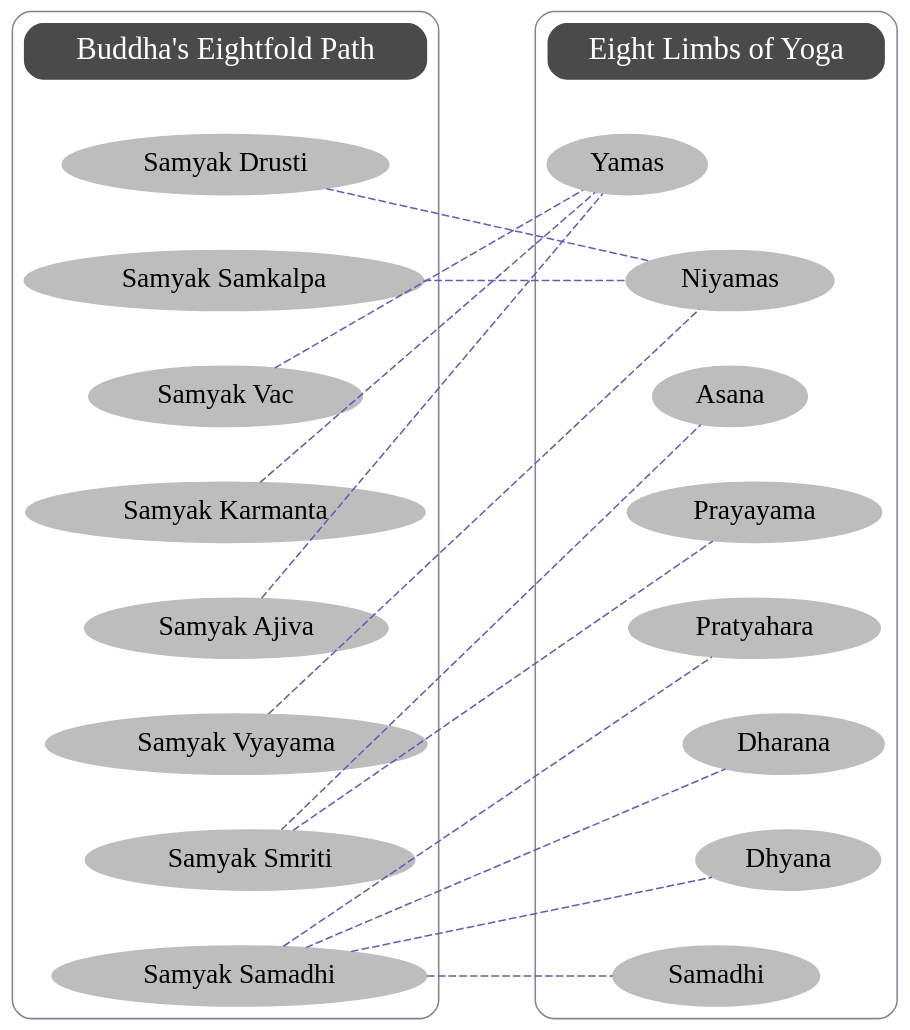
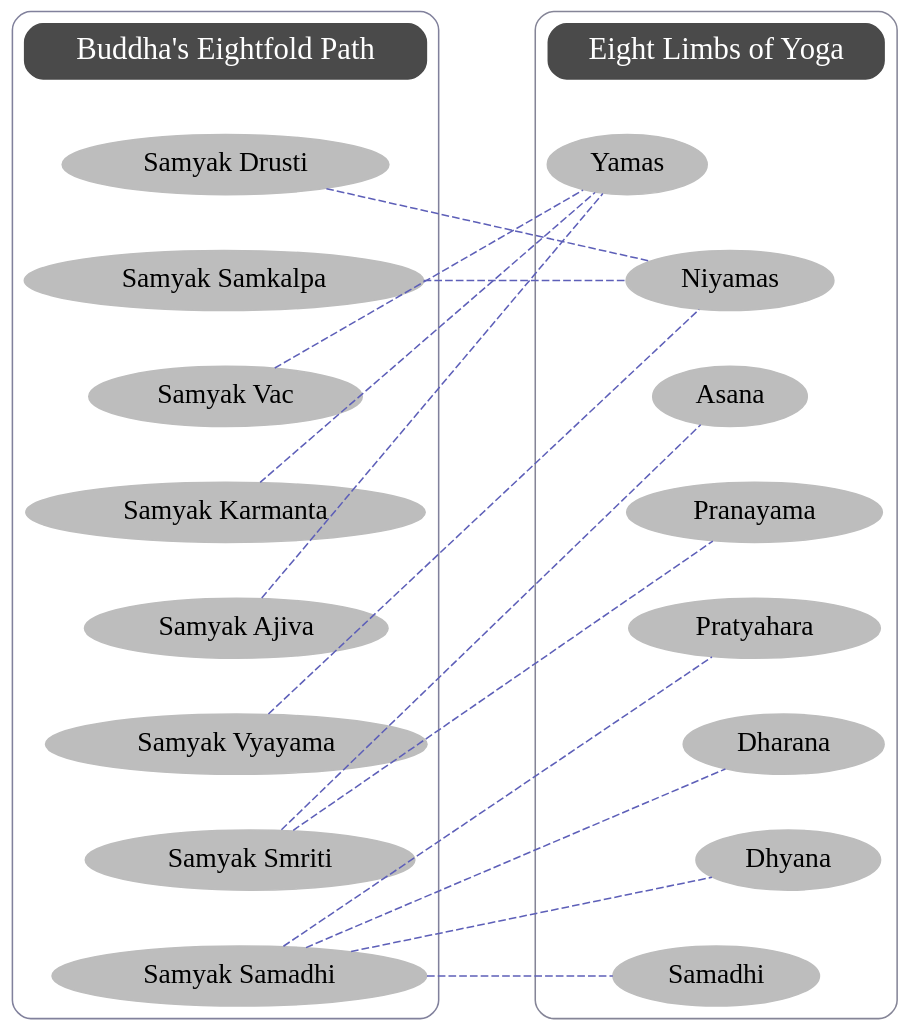
Before and after one commit to riziles/sveleton-test01: the diagram in src/lib/flowchart.dot, drawn with Graphviz. The commit also changed 2 other files, not shown here.

```diff
--- a/src/lib/flowchart.dot
+++ b/src/lib/flowchart.dot
@@ -1,86 +1,86 @@
 graph G {
 
 bgcolor="transparent";
   newrank=true;
   splines = false
 
   node [style="filled,rounded",color="#bdbdbd",fontsize="18pt"];
   edge [style=dashed,color="#5d5fb8"];
  
 {
   rank = same; 
   alabel[color="#4a4a4a",fontcolor=white,shape=box,fontsize="20pt"]; 
   blabel[color="#4a4a4a",fontcolor=white,shape=box,fontsize="20pt"]; }
 {
   rank = same; a0; b0; }
 {
   rank = same; a1; b1; }
 {
   rank = same; a2; b2; }
 {
   rank = same; a3; b3; }
 {
   rank = same; a4; b4; }
 {
   rank = same; a5; b5; }
 {
   rank = same; a6; b6; }
 {
   rank = same; a7; b7; }
 
   a0 -- b1;
   a1 -- b1;
   a2 -- b0;
   a3 -- b0;
   a4 -- b0;
   a7 -- b7;
   a5 -- b1;
   a6 -- b2;
   a6 -- b3;
   a7 -- b6;
   a7 -- b4;
   a7 -- b5;
 
   subgraph cluster_0 {
     style=rounded;
     bgcolor="transparent"
     color="#81819c";
     edge [style="invis"];
     alabel -- a0;
     a0 -- a1 -- a2 -- a3 -- a4 -- a5 -- a6 -- a7;
 
   };
 
   subgraph cluster_1 {
     style=rounded;
     bgcolor="transparent"
     color="#858597";
     edge [style="invis"];
     node [style=filled,color=white];
     blabel -- b0
     b0 -- b1 -- b2 -- b3 -- b4 -- b5 -- b6 -- b7;
   }  ;
   
   alabel [label="Buddha's Eightfold Path"]
   blabel [label="Eight Limbs of Yoga"]
   a0 [label="Samyak Drusti"]
   a1 [label="Samyak Samkalpa"]
   a2 [label="Samyak Vac"]
   a3 [label="Samyak Karmanta"]
   a4 [label="Samyak Ajiva"]
   a5 [label="Samyak Vyayama"]
   a6 [label="Samyak Smriti"]
   a7 [label="Samyak Samadhi"]
 
   
   b0 [label="Yamas"]
   b1 [label="Niyamas"]
   b2 [label="Asana"]
-  b3 [label="Prayayama"]
+  b3 [label="Pranayama"]
   b4 [label="Pratyahara"]
   b5 [label="Dharana"]
   b6 [label="Dhyana"]
   b7 [label="Samadhi"]
  
   
 }
```
